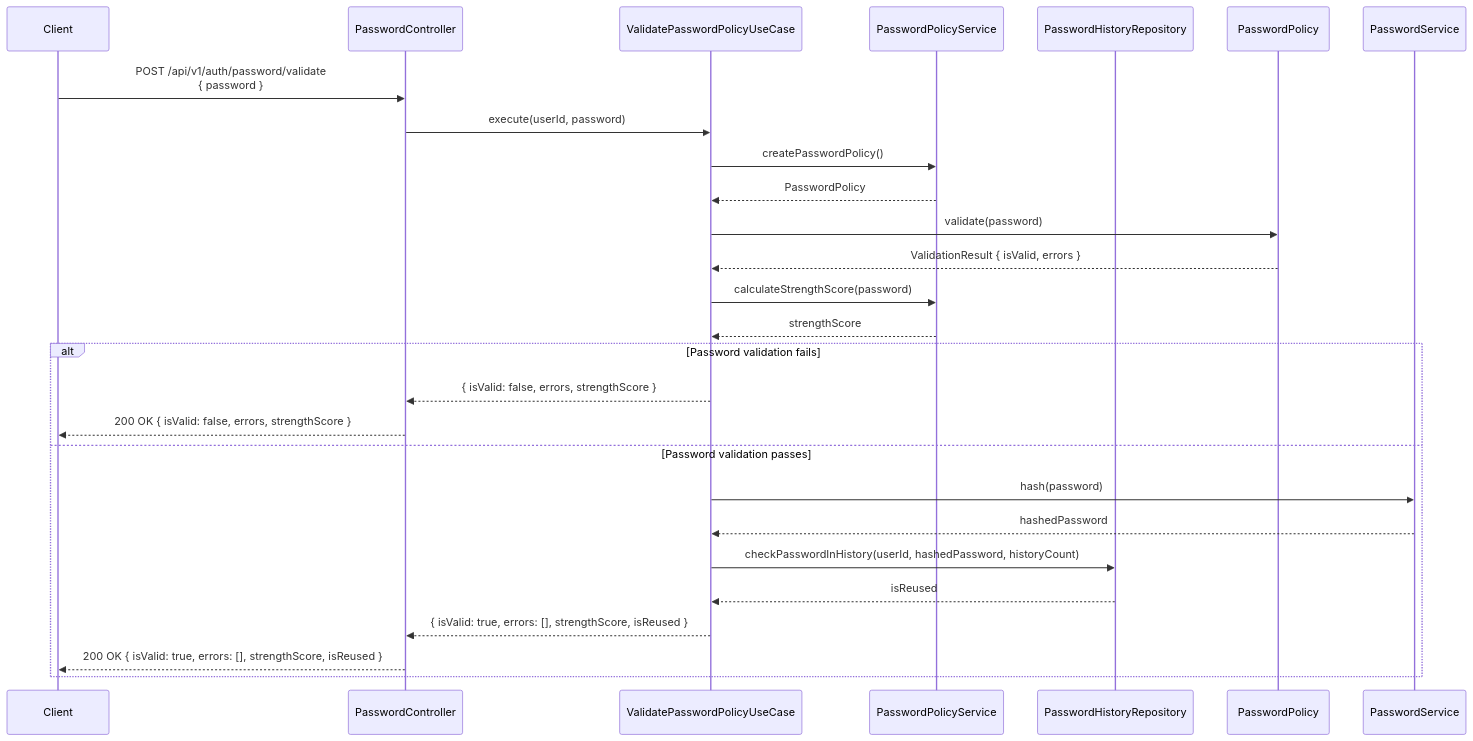
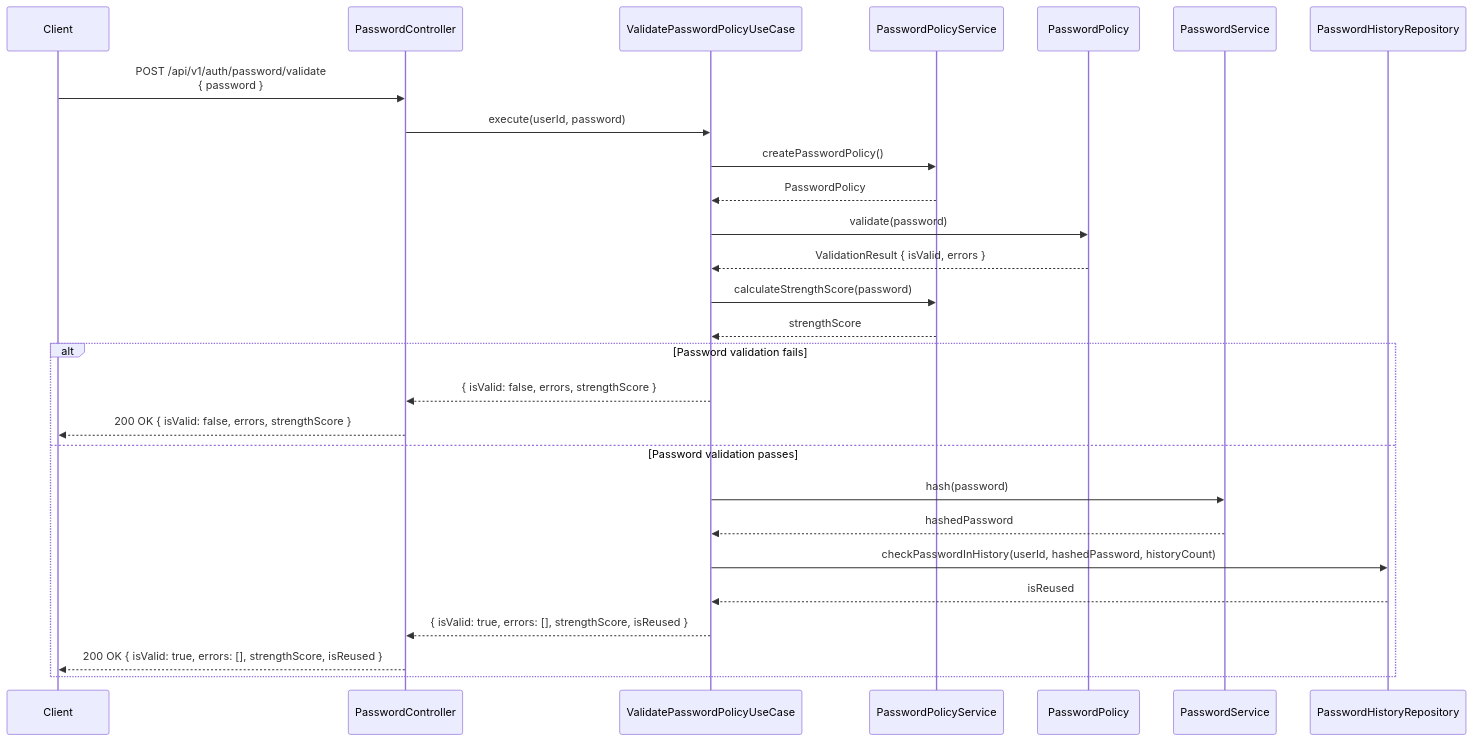
The second of 3 diagrams in docs/detailed-design/MWD-32_password-policy-implementation/sequence-diagrams.md (kencom2400/MrWebDefence-Console), drawn with Mermaid before and after one commit.

Commit message:
fix: シーケンス図にPasswordPolicyとPasswordServiceを追加

````diff
--- a/docs/detailed-design/MWD-32_password-policy-implementation/sequence-diagrams.md
+++ b/docs/detailed-design/MWD-32_password-policy-implementation/sequence-diagrams.md
@@ -61,34 +61,36 @@
 ```mermaid
 sequenceDiagram
     participant Client
     participant PasswordController
     participant ValidatePasswordPolicyUseCase
     participant PasswordPolicyService
+    participant PasswordPolicy
+    participant PasswordService
     participant PasswordHistoryRepository
 
     Client->>PasswordController: POST /api/v1/auth/password/validate<br/>{ password }
     PasswordController->>ValidatePasswordPolicyUseCase: execute(userId, password)
     
     ValidatePasswordPolicyUseCase->>PasswordPolicyService: createPasswordPolicy()
     PasswordPolicyService-->>ValidatePasswordPolicyUseCase: PasswordPolicy
     
     ValidatePasswordPolicyUseCase->>PasswordPolicy: validate(password)
     PasswordPolicy-->>ValidatePasswordPolicyUseCase: ValidationResult { isValid, errors }
     
     ValidatePasswordPolicyUseCase->>PasswordPolicyService: calculateStrengthScore(password)
     PasswordPolicyService-->>ValidatePasswordPolicyUseCase: strengthScore
     
     alt Password validation fails
         ValidatePasswordPolicyUseCase-->>PasswordController: { isValid: false, errors, strengthScore }
         PasswordController-->>Client: 200 OK { isValid: false, errors, strengthScore }
     else Password validation passes
         ValidatePasswordPolicyUseCase->>PasswordService: hash(password)
         PasswordService-->>ValidatePasswordPolicyUseCase: hashedPassword
         
         ValidatePasswordPolicyUseCase->>PasswordHistoryRepository: checkPasswordInHistory(userId, hashedPassword, historyCount)
         PasswordHistoryRepository-->>ValidatePasswordPolicyUseCase: isReused
         
         ValidatePasswordPolicyUseCase-->>PasswordController: { isValid: true, errors: [], strengthScore, isReused }
         PasswordController-->>Client: 200 OK { isValid: true, errors: [], strengthScore, isReused }
     end
 ```
````
